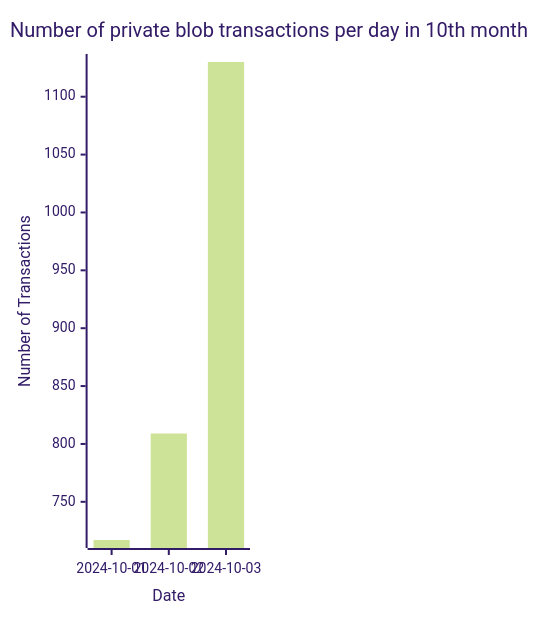
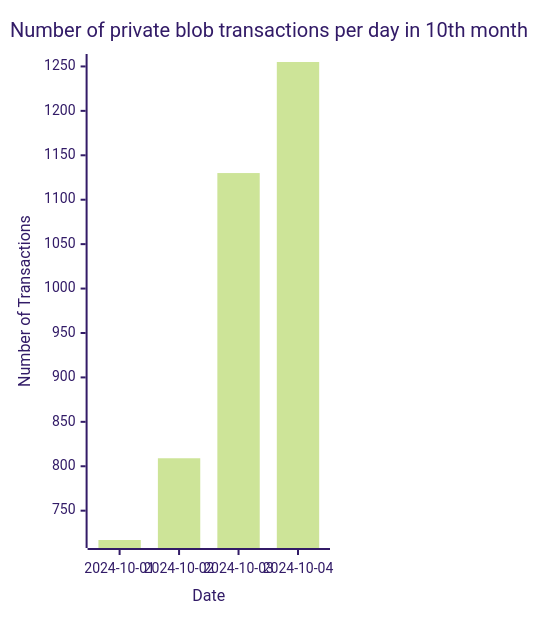
The eighth of 8 diagrams in README.md (Amit0617/eip4844-data), drawn with Mermaid (forest theme) before and after one commit. The commit also changed 1 other file, not shown here.

````diff
--- a/README.md
+++ b/README.md
@@ -92,12 +92,12 @@
 ```mermaid
 ---
 config:
     xyChart:
-        width: 240
+        width: 320
         height: 600
 ---
 xychart-beta title "Number of private blob transactions per day in 10th month"
-x-axis "Date" [2024-10-01,2024-10-02,2024-10-03]
+x-axis "Date" [2024-10-01,2024-10-02,2024-10-03,2024-10-04]
 y-axis "Number of Transactions"
-bar[717,809,1130]
+bar[717,809,1130,1255]
 ```
````
